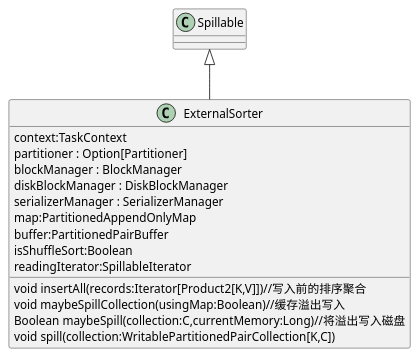
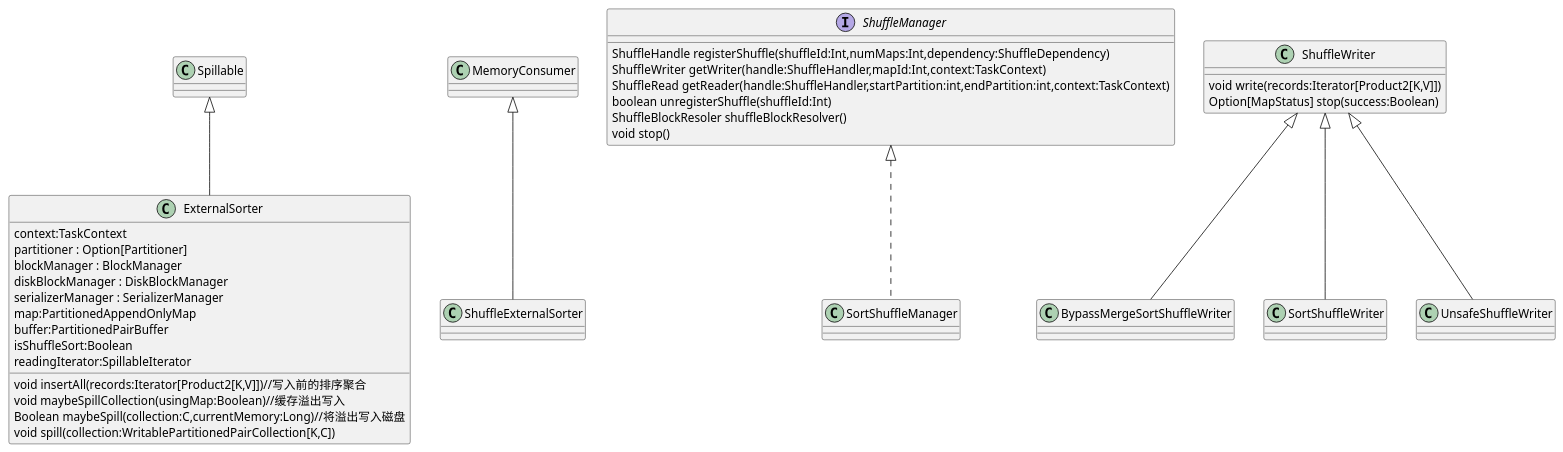
One commit to wult/org_doc changed the third of 3 diagrams in it/spark/sources/uml/shuffle.org. Above: the diagram before and after it, drawn with PlantUML.

```diff
--- a/it/spark/sources/uml/shuffle.org
+++ b/it/spark/sources/uml/shuffle.org
@@ -205,21 +205,62 @@
 #+BEGIN_SRC plantuml :file images/shuffle_manager.png :cmdline -charset utf-8
 Spillable <|-- ExternalSorter
+MemoryConsumer <|-- ShuffleExternalSorter
 
 class ExternalSorter {
     context:TaskContext
     partitioner : Option[Partitioner]
     blockManager : BlockManager
     diskBlockManager : DiskBlockManager
     serializerManager : SerializerManager
     map:PartitionedAppendOnlyMap
     buffer:PartitionedPairBuffer
     isShuffleSort:Boolean
     readingIterator:SpillableIterator
     void insertAll(records:Iterator[Product2[K,V]])//写入前的排序聚合
     void maybeSpillCollection(usingMap:Boolean)//缓存溢出写入
     Boolean maybeSpill(collection:C,currentMemory:Long)//将溢出写入磁盘
     void spill(collection:WritablePartitionedPairCollection[K,C])
 
 }
 
+class ShuffleExternalSorter {
+
+}
+
+ShuffleManager <|.. SortShuffleManager
+interface ShuffleManager {
+    ShuffleHandle registerShuffle(shuffleId:Int,numMaps:Int,dependency:ShuffleDependency)
+    ShuffleWriter getWriter(handle:ShuffleHandler,mapId:Int,context:TaskContext)
+    ShuffleRead getReader(handle:ShuffleHandler,startPartition:int,endPartition:int,context:TaskContext)
+    boolean unregisterShuffle(shuffleId:Int)
+    ShuffleBlockResoler shuffleBlockResolver()
+    void stop()
+}
+
+class SortShuffleManager {
+
+}
+
+
+
+class ShuffleWriter {
+  void write(records:Iterator[Product2[K,V]])
+  Option[MapStatus] stop(success:Boolean)
+}
+
+class BypassMergeSortShuffleWriter {
+  
+}
+
+class SortShuffleWriter {
+
+}
+
+class UnsafeShuffleWriter {
+
+}
+
+ShuffleWriter <|-- BypassMergeSortShuffleWriter
+ShuffleWriter <|-- SortShuffleWriter
+ShuffleWriter <|-- UnsafeShuffleWriter
 #+END_SRC
```
